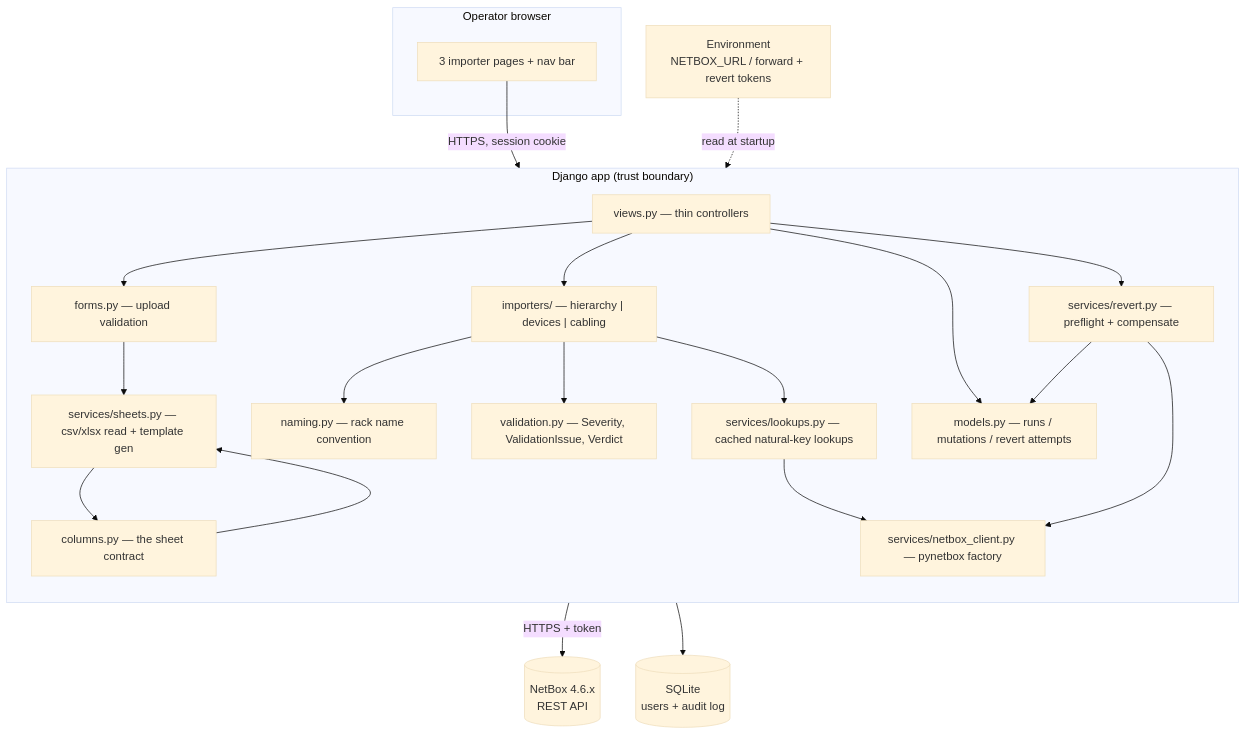
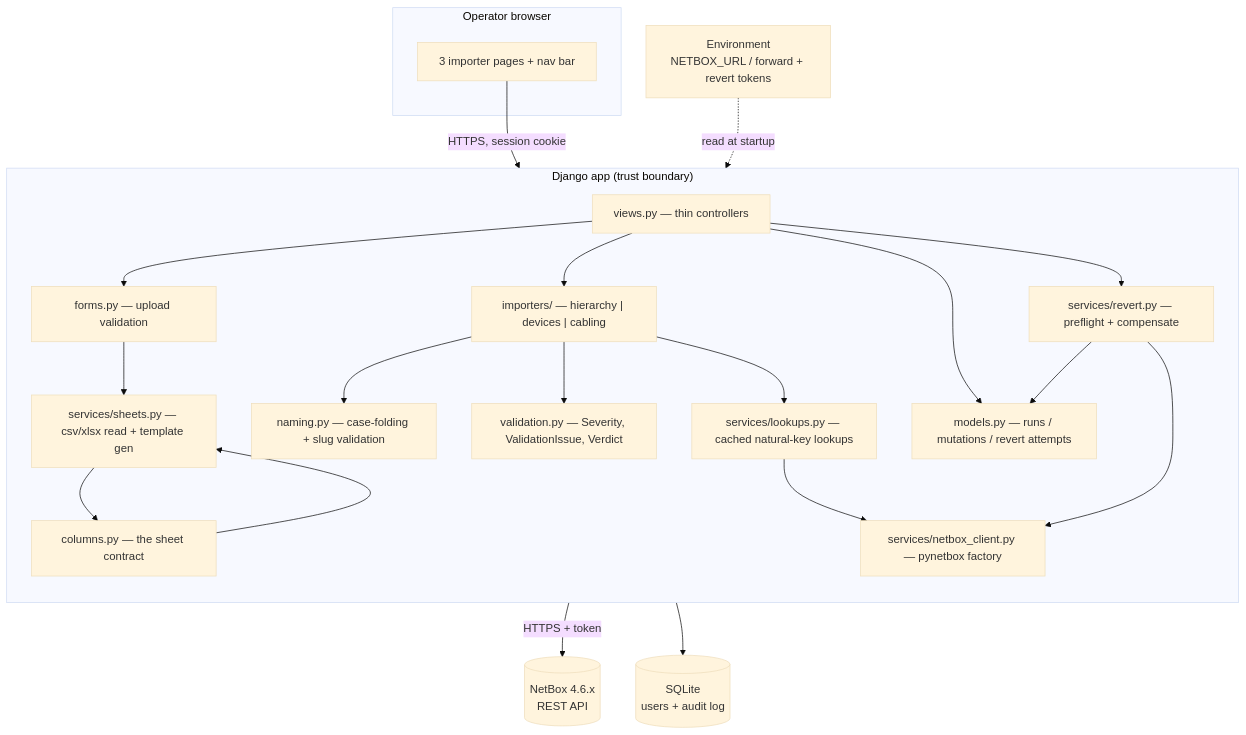
One commit to kangxin-liu/netbox-tool-kits changed the first of 4 diagrams in .kiro/specs/netbox-bulk-provisioning/design.md. Above: the diagram before and after it, drawn with Mermaid (base theme). The commit also changed other lines of this file and 51 other files, not shown here.

````diff
--- a/.kiro/specs/netbox-bulk-provisioning/design.md
+++ b/.kiro/specs/netbox-bulk-provisioning/design.md
@@ -63,40 +69,40 @@
 ```mermaid
 flowchart TB
     subgraph Browser["Operator browser"]
         UI["3 importer pages + nav bar"]
     end
 
     subgraph App["Django app (trust boundary)"]
         direction TB
         V["views.py — thin controllers"]
         F["forms.py — upload validation"]
         S["services/sheets.py — csv/xlsx read + template gen"]
         C["columns.py — the sheet contract"]
-        N["naming.py — rack name convention"]
+        N["naming.py — case-folding + slug validation"]
         VAL["validation.py — Severity, ValidationIssue, Verdict"]
         I["importers/ — hierarchy | devices | cabling"]
         L["services/lookups.py — cached natural-key lookups"]
         K["services/netbox_client.py — pynetbox factory"]
         M["models.py — runs / mutations / revert attempts"]
         R["services/revert.py — preflight + compensate"]
     end
 
     DB[("SQLite\nusers + audit log")]
     NB[("NetBox 4.6.x\nREST API")]
     ENV["Environment\nNETBOX_URL / forward + revert tokens"]
 
     UI -->|"HTTPS, session cookie"| V
     V --> F --> S
     S --> C
     C --> S
     V --> I
     V --> R
     I --> N
     I --> VAL
     I --> L --> K
     K -->|"HTTPS + token"| NB
     V --> M --> DB
     R --> M
     R --> K
     ENV -.->|"read at startup"| K
 ```
````
